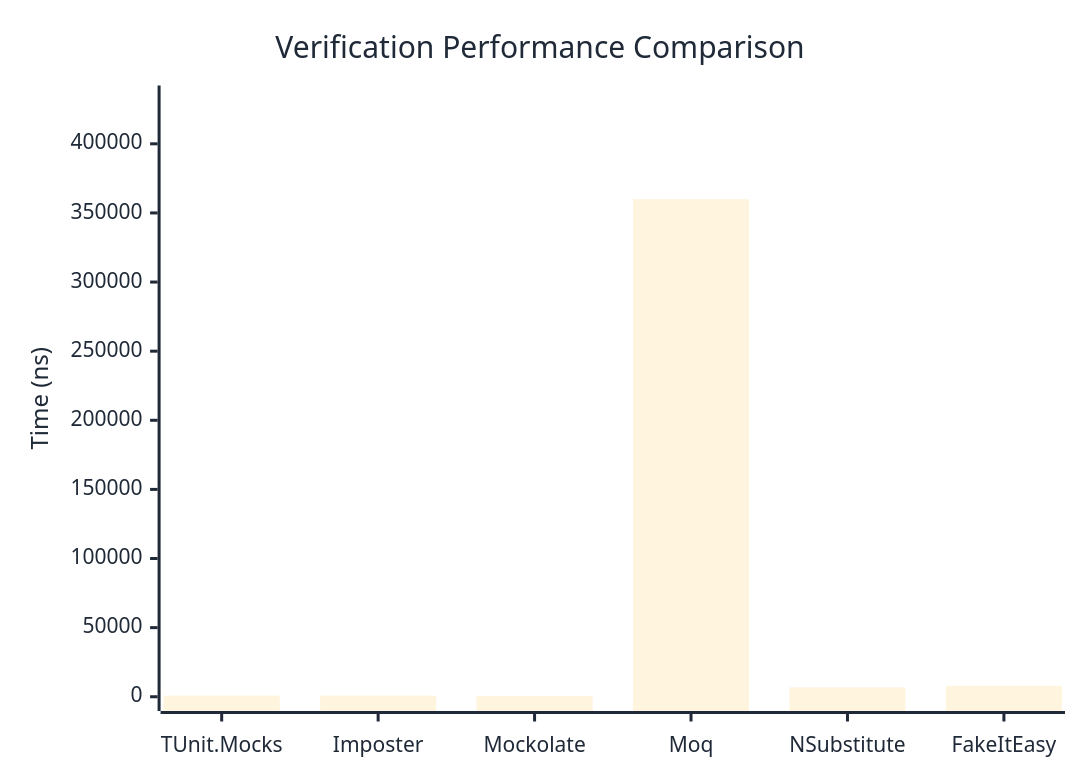
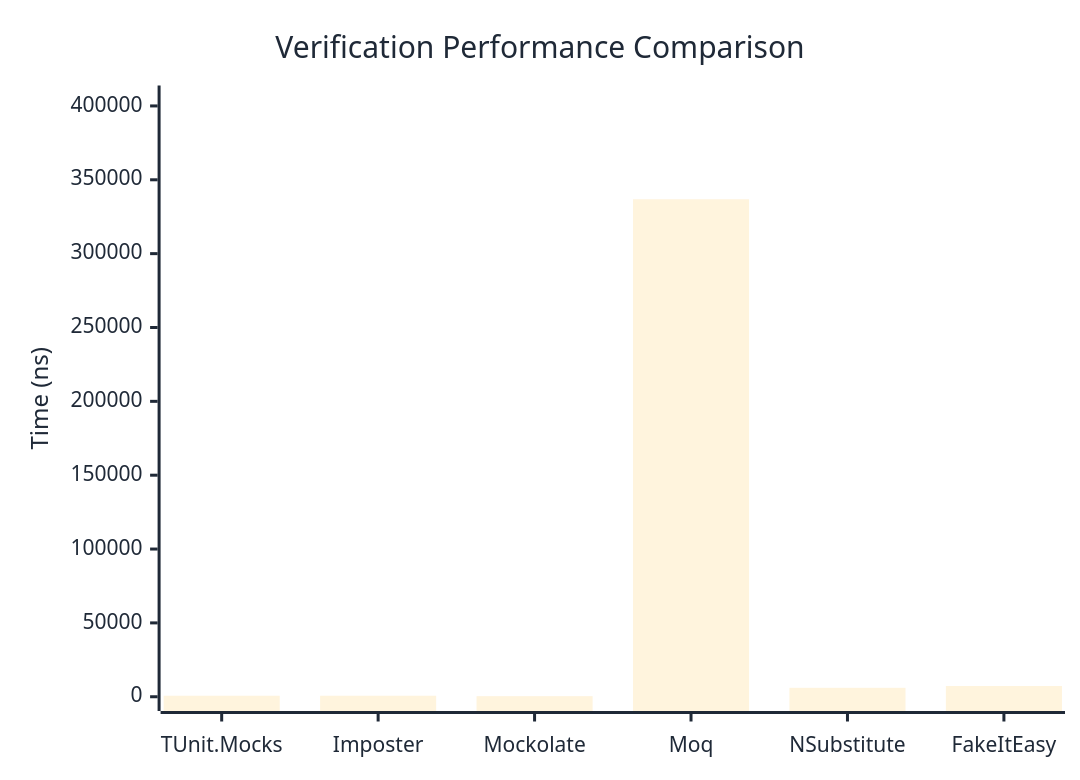
One commit to thomhurst/TUnit changed the first of 3 diagrams in docs/docs/benchmarks/mocks/Verification.md. Above: the diagram before and after it, drawn with Mermaid. The commit also changed other lines of this file and 14 other files, not shown here.

````diff
--- a/docs/docs/benchmarks/mocks/Verification.md
+++ b/docs/docs/benchmarks/mocks/Verification.md
@@ -30,27 +30,27 @@
 ```mermaid
 %%{init: {
   'theme':'base',
   'themeVariables': {
     'primaryColor': '#2563eb',
     'primaryTextColor': '#1f2937',
     'primaryBorderColor': '#1e40af',
     'lineColor': '#6b7280',
     'secondaryColor': '#7c3aed',
     'tertiaryColor': '#dc2626',
     'background': '#ffffff',
     'pie1': '#2563eb',
     'pie2': '#7c3aed',
     'pie3': '#dc2626',
     'pie4': '#f59e0b',
     'pie5': '#10b981',
     'pie6': '#06b6d4',
     'pie7': '#ec4899',
     'pie8': '#6366f1'
   }
 }}%%
 xychart-beta
   title "Verification Performance Comparison"
   x-axis ["TUnit.Mocks", "Imposter", "Mockolate", "Moq", "NSubstitute", "FakeItEasy"]
-  y-axis "Time (ns)" 0 --> 431882
-  bar [791.81, 822.29, 463.91, 359901.64, 6760.93, 7902.17]
+  y-axis "Time (ns)" 0 --> 404187
+  bar [680.02, 683.29, 401.22, 336822.14, 6038.47, 7256.87]
 ```
````
